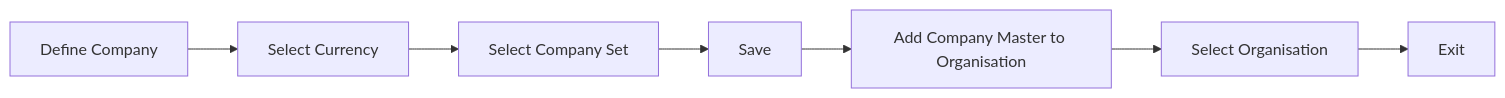
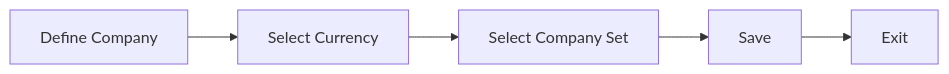
The diagram in maximo/docs/purchasing/create-company.md (codersyacht/maximo-knowledge-center), drawn with Mermaid before and after one commit. The commit also changed other lines of this file, not shown here.

First line of the commit message:
create-company

````diff
--- a/maximo/docs/purchasing/create-company.md
+++ b/maximo/docs/purchasing/create-company.md
@@ -22,9 +22,7 @@
 ```mermaid
 graph LR
 A[Define Company] --> B[Select Currency]
 B --> C[Select Company Set]
 C --> D[Save]
-D --> E[Add Company Master to Organisation]
-E --> F[Select Organisation]
-F --> G[Exit]
+D --> E[Exit]
 ```
````
